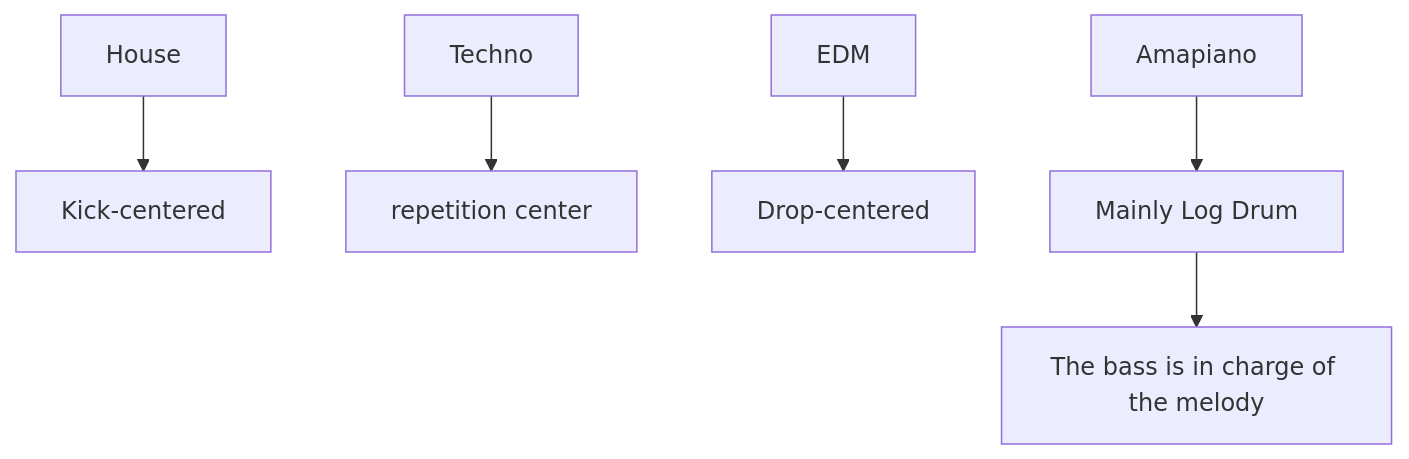
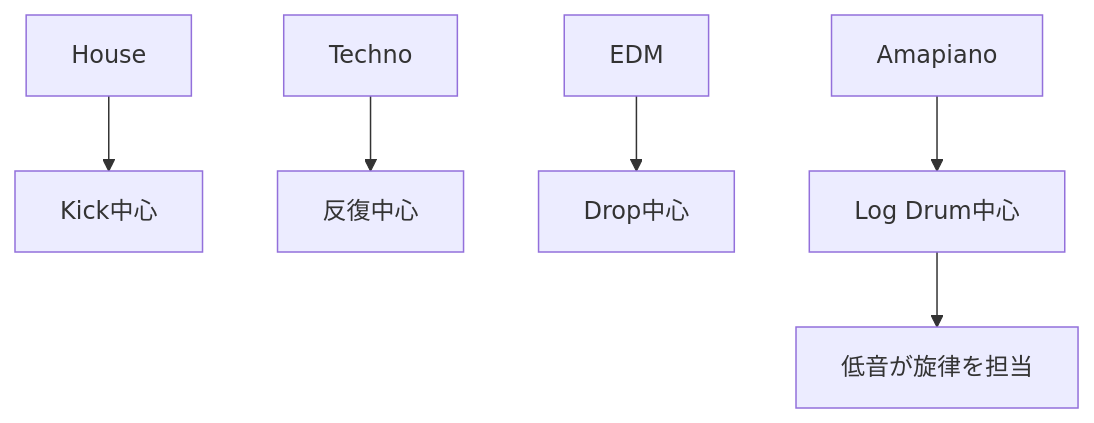
Before and after one commit to monumental-movement/monumental-movement.github.io: the fifth of 9 diagrams in en/_posts/2026-07-26-column-why-amapiano-feels-so-deep.md, drawn with Mermaid. The commit also changed other lines of this file and 2196 other files, not shown here.

```diff
--- a/en/_posts/2026-07-26-column-why-amapiano-feels-so-deep.md
+++ b/en/_posts/2026-07-26-column-why-amapiano-feels-so-deep.md
@@ -568,16 +567,16 @@
 <div class="mermaid">
 flowchart TD
 
 A[House]
-A --> B[Kick-centered]
+A --> B[Kick中心]
 
 C[Techno]
-C --> D[repetition center]
+C --> D[反復中心]
 
 E[EDM]
-E --> F[Drop-centered]
+E --> F[Drop中心]
 
 G[Amapiano]
-G --> H[Mainly Log Drum]
-H --> I[The bass is in charge of the melody]
+G --> H[Log Drum中心]
+H --> I[低音が旋律を担当]
 </div>
```
